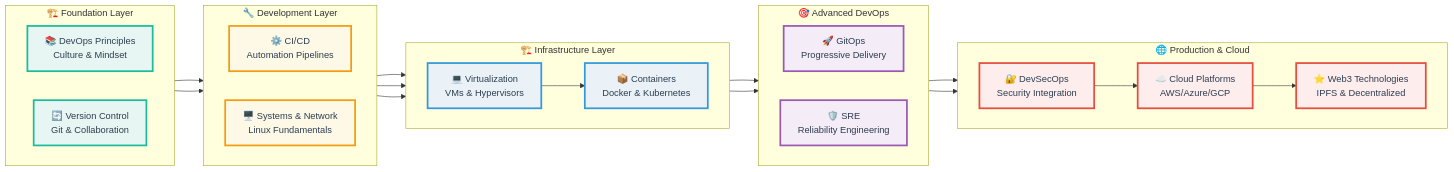
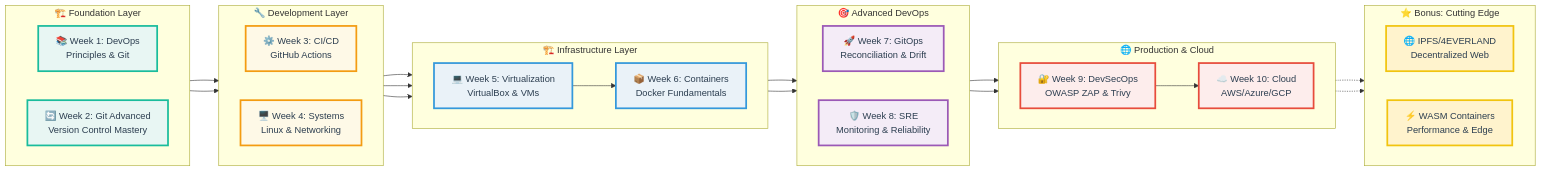
Before and after one commit to spiritonchic/F25-DevOps-Intro: the second of 3 diagrams in README.md, drawn with Mermaid. The commit also changed other lines of this file and 19 other files, not shown here.

````diff
--- a/README.md
+++ b/README.md
@@ -92,58 +102,66 @@
 ```mermaid
 flowchart LR
     subgraph "🌐 Production & Cloud"
         direction LR
-        I[🔐 DevSecOps<br/>Security Integration]
-        J[☁️ Cloud Platforms<br/>AWS/Azure/GCP]
-        K[⭐ Web3 Technologies<br/>IPFS & Decentralized]
+        I[🔐 Week 9: DevSecOps<br/>OWASP ZAP & Trivy]
+        J[☁️ Week 10: Cloud<br/>AWS/Azure/GCP]
+    end
+    
+    subgraph "⭐ Bonus: Cutting Edge"
+        direction LR
+        K[🌐 IPFS/4EVERLAND<br/>Decentralized Web]
+        L[⚡ WASM Containers<br/>Performance & Edge]
     end
     
     subgraph "🎯 Advanced DevOps"
         direction LR
-        G[🚀 GitOps<br/>Progressive Delivery]
-        H[🛡️ SRE<br/>Reliability Engineering]
+        G[🚀 Week 7: GitOps<br/>Reconciliation & Drift]
+        H[🛡️ Week 8: SRE<br/>Monitoring & Reliability]
     end
     
     subgraph "🏗️ Infrastructure Layer"
         direction LR
-        E[💻 Virtualization<br/>VMs & Hypervisors]
-        F[📦 Containers<br/>Docker & Kubernetes]
+        E[💻 Week 5: Virtualization<br/>VirtualBox & VMs]
+        F[📦 Week 6: Containers<br/>Docker Fundamentals]
     end
     
     subgraph "🔧 Development Layer"
         direction LR
-        C[⚙️ CI/CD<br/>Automation Pipelines]
-        D[🖥️ Systems & Network<br/>Linux Fundamentals]
+        C[⚙️ Week 3: CI/CD<br/>GitHub Actions]
+        D[🖥️ Week 4: Systems<br/>Linux & Networking]
     end
     
     subgraph "🏗️ Foundation Layer"
         direction LR
-        A[📚 DevOps Principles<br/>Culture & Mindset]
-        B[🔄 Version Control<br/>Git & Collaboration]
+        A[📚 Week 1: DevOps<br/>Principles & Git]
+        B[🔄 Week 2: Git Advanced<br/>Version Control Mastery]
     end
     
     A --> C
     B --> C
     C --> E
     D --> E
     D --> F
     E --> F
     F --> G
     F --> H
     G --> I
     H --> I
     I --> J
-    J --> K
+    J -.-> K
+    J -.-> L
     
     classDef foundation fill:#e8f6f3,stroke:#1abc9c,stroke-width:3px,color:#2c3e50
     classDef development fill:#fef9e7,stroke:#f39c12,stroke-width:3px,color:#2c3e50
     classDef infrastructure fill:#eaf2f8,stroke:#3498db,stroke-width:3px,color:#2c3e50
     classDef advanced fill:#f4ecf7,stroke:#9b59b6,stroke-width:3px,color:#2c3e50
     classDef production fill:#fdedec,stroke:#e74c3c,stroke-width:3px,color:#2c3e50
+    classDef bonus fill:#fff3cd,stroke:#f1c40f,stroke-width:3px,color:#2c3e50
     
     class A,B foundation
     class C,D development
     class E,F infrastructure
     class G,H advanced
-    class I,J,K production
+    class I,J production
+    class K,L bonus
 ```
````
